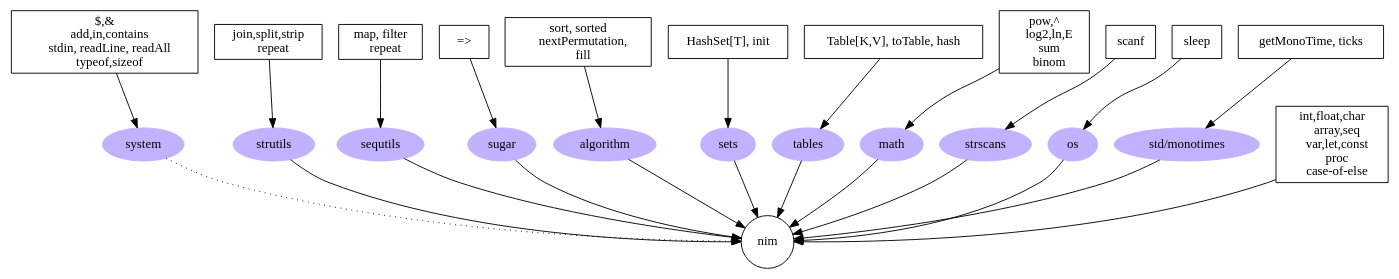
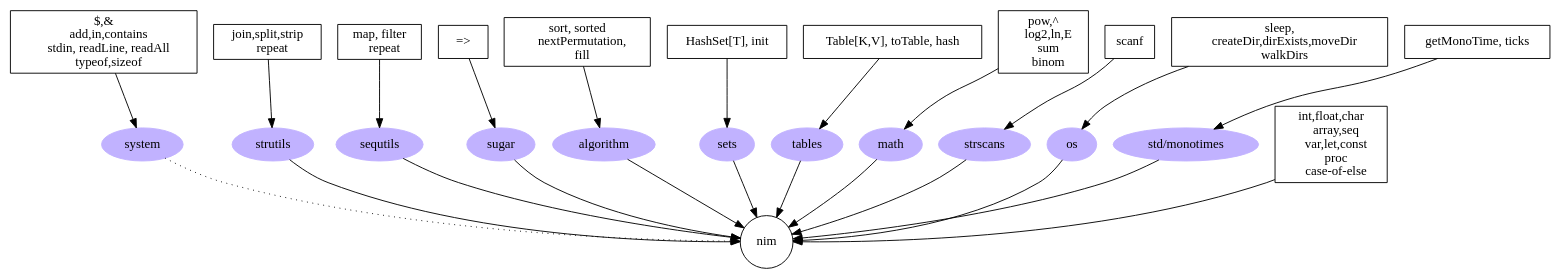
One commit to czylabsonasa/learnnim changed the diagram in graphViz/rajz.gv. Above: the diagram before and after it, drawn with Graphviz. The commit also changed 1 other file, not shown here.

```diff
--- a/graphViz/rajz.gv
+++ b/graphViz/rajz.gv
@@ -1,119 +1,121 @@
 digraph G { 
   nim 
     [shape = circle, URL = "https://nim-lang.org"] ;
   
   system, strutils, 
   sequtils, sugar, 
   algorithm, sets, tables, 
   math, strscans, os, monotimes
     [style = filled, color = "0.7 0.3 1.0"] ;
   
   monotimes [label="std/monotimes"]
 
 
   nim0 [ label = 
     "int,float,char
     array,seq
     var,let,const
     proc
     case-of-else", 
   shape = box ]
   nim0 -> nim ;
   
 /* ************ */
   system -> nim [style = dotted] ;
   system0 [ label = 
     "$,&
     add,in,contains
     stdin, readLine, readAll
     typeof,sizeof", 
   shape = box] ;
   system0 -> system ;
 
 /* ************ */
   strutils -> nim;
   strutils0[ label = 
     "join,split,strip
     repeat", 
   shape = box] ;
   strutils0 -> strutils ;
 
 /* ************ */
 
   sequtils -> nim;
   sequtils0[ label = 
     "map, filter
     repeat", 
   shape = box] ; 
   sequtils0 -> sequtils;
 
 /* ************ */
   sugar -> nim;
   sugar0[ label = 
     "=>", 
   shape = box ] ; 
   sugar0 -> sugar;
 
 /* ************ */
 
   algorithm -> nim;
   algorithm0[label = 
     "sort, sorted
     nextPermutation,
     fill", 
   shape = box ]
   algorithm0 -> algorithm    
 
 /* ************ */
 
   sets -> nim;
   sets0[ label = 
     "HashSet[T], init", 
   shape = box ] ; 
   sets0 -> sets;
 
 
 /* ************ */
   tables -> nim;
   tables0[ label = 
     "Table[K,V], toTable, hash", 
   shape = box ] ; 
   tables0 -> tables;
 
 
 /* ************ */
 
   math -> nim;
   math0[ label = 
     "pow,^
     log2,ln,E
     sum
     binom", 
   shape = box ] ; 
   math0 -> math ;
 
 /* ************ */
 
   strscans -> nim;
   strscans0[ label = 
     "scanf", 
   shape = box ]
   strscans0 -> strscans ;
 
 /* ************ */
 
   os -> nim;
   os0[ label = 
-    "sleep", 
+    "sleep,
+    createDir,dirExists,moveDir
+    walkDirs", 
   shape = box ]
   os0 -> os ;
 
 /* ************ */
 
   monotimes -> nim;
   monotimes0[ label = 
     "getMonoTime, ticks", 
   shape = box ]
   monotimes0 -> monotimes ;
 
 }
```
